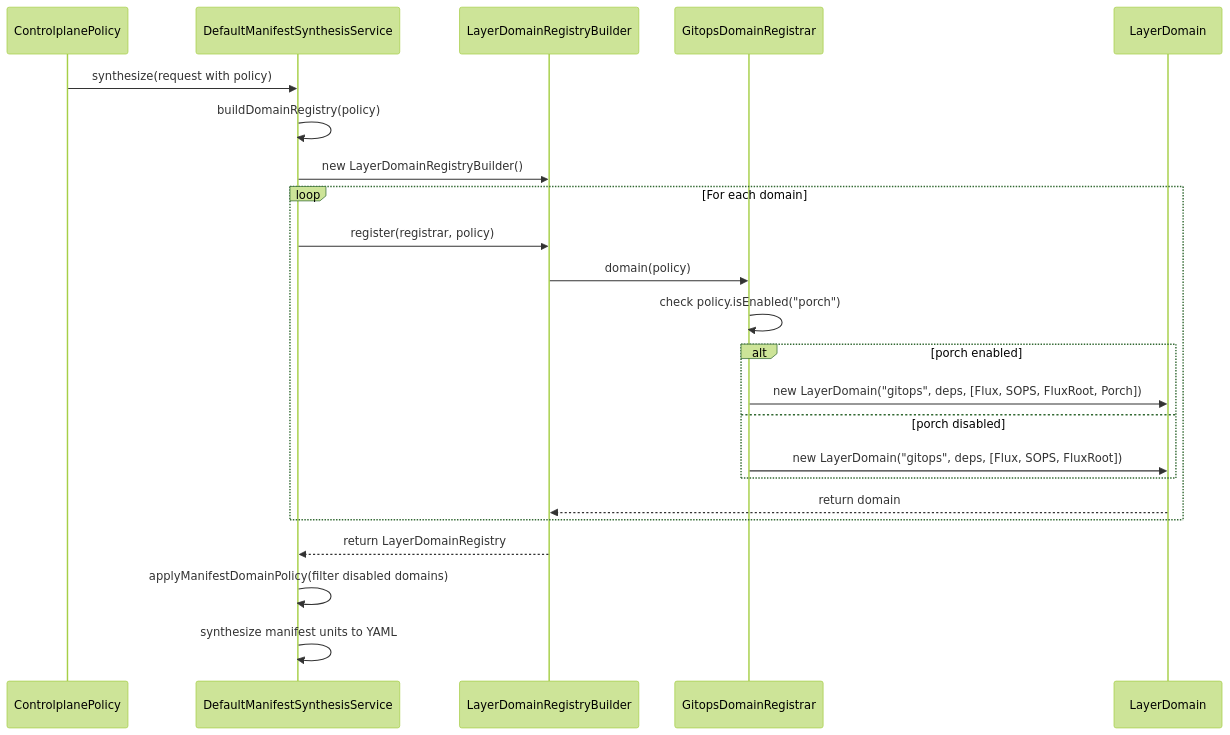
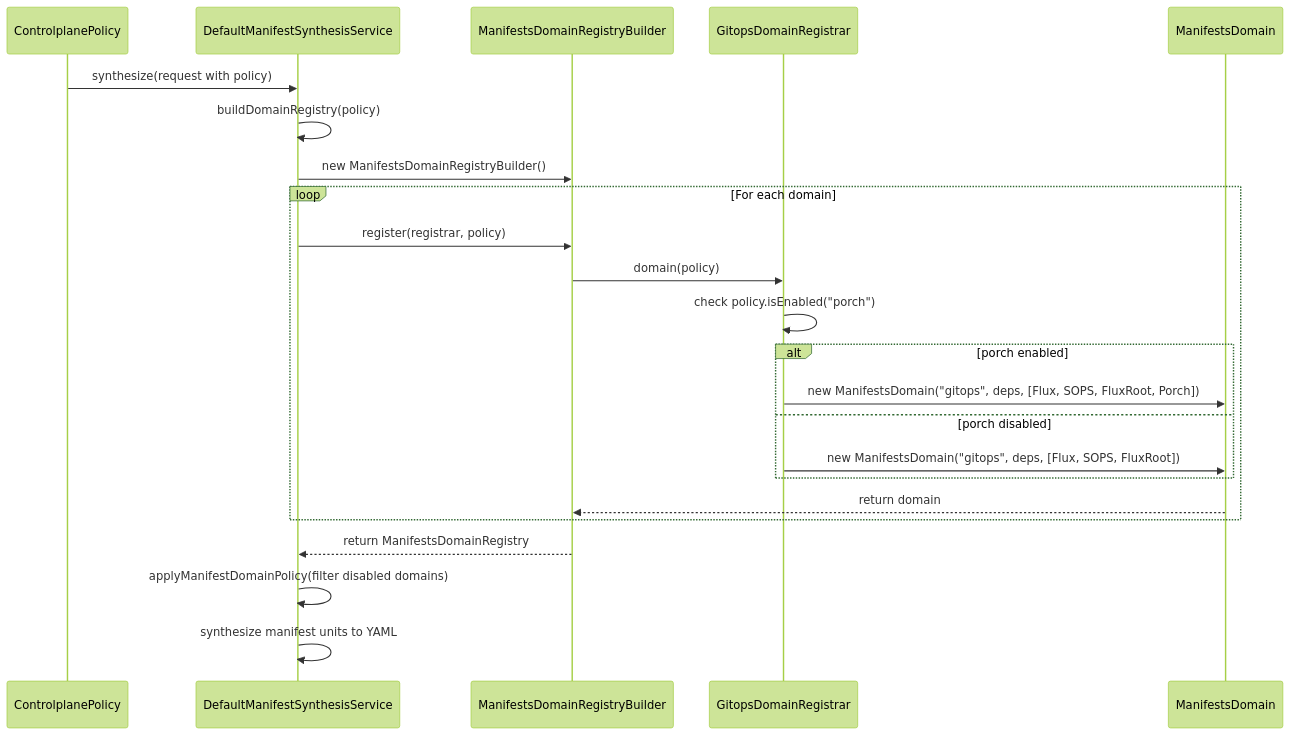
Before and after one commit to nxmatic/rke2lab: the third of 4 diagrams in docs/manifest-conditional-inclusion.adoc, drawn with Mermaid (forest theme). The commit also changed other lines of this file and 15 other files, not shown here.

First line of the commit message:
docs(manifests): consolidate architecture docs into hub + companions

```diff
--- a/docs/manifest-conditional-inclusion.adoc
+++ b/docs/manifest-conditional-inclusion.adoc
@@ -158,31 +177,31 @@
 [mermaid]
 ----
 sequenceDiagram
     participant CP as ControlplanePolicy
     participant DMS as DefaultManifestSynthesisService
-    participant LDRB as LayerDomainRegistryBuilder
+    participant LDRB as ManifestsDomainRegistryBuilder
     participant GDR as GitopsDomainRegistrar
-    participant LD as LayerDomain
+    participant LD as ManifestsDomain
 
     CP->>DMS: synthesize(request with policy)
     DMS->>DMS: buildDomainRegistry(policy)
-    DMS->>LDRB: new LayerDomainRegistryBuilder()
+    DMS->>LDRB: new ManifestsDomainRegistryBuilder()
 
     loop For each domain
         DMS->>LDRB: register(registrar, policy)
         LDRB->>GDR: domain(policy)
         GDR->>GDR: check policy.isEnabled("porch")
 
         alt porch enabled
-            GDR->>LD: new LayerDomain("gitops", deps, [Flux, SOPS, FluxRoot, Porch])
+            GDR->>LD: new ManifestsDomain("gitops", deps, [Flux, SOPS, FluxRoot, Porch])
         else porch disabled
-            GDR->>LD: new LayerDomain("gitops", deps, [Flux, SOPS, FluxRoot])
+            GDR->>LD: new ManifestsDomain("gitops", deps, [Flux, SOPS, FluxRoot])
         end
 
         LD-->>LDRB: return domain
     end
 
-    LDRB-->>DMS: return LayerDomainRegistry
+    LDRB-->>DMS: return ManifestsDomainRegistry
     DMS->>DMS: applyManifestDomainPolicy(filter disabled domains)
     DMS->>DMS: synthesize manifest units to YAML
 ----
```
